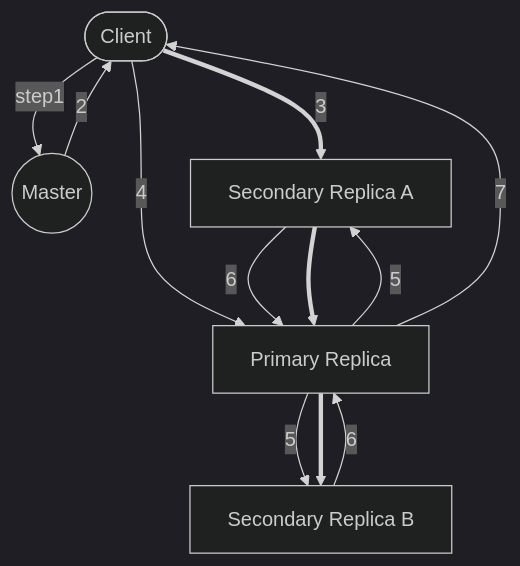
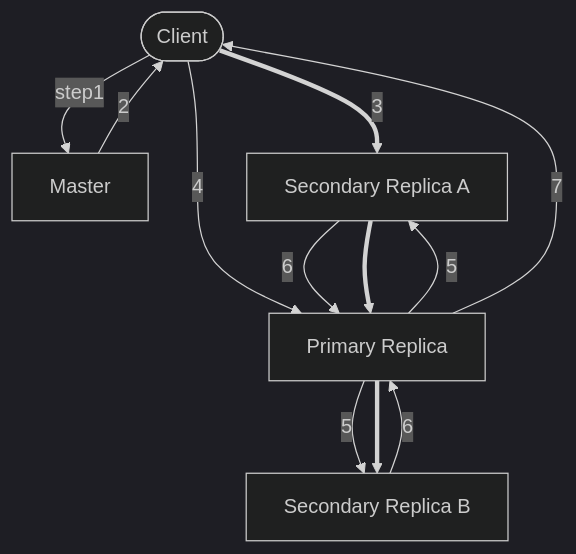
The first of 2 diagrams in _posts/system-design/mit-6-824/2022-07-07-gfs.md (cs0/cs0.github.io), drawn with Mermaid (dark theme) before and after one commit. The commit also changed 1 other file, not shown here.

````diff
--- a/_posts/system-design/mit-6-824/2022-07-07-gfs.md
+++ b/_posts/system-design/mit-6-824/2022-07-07-gfs.md
@@ -98,19 +98,19 @@
 ```mermaid
 graph TB;
     A([Client])
-    B((Master))
+    B[Master]
     C[Secondary Replica A]
     D[Primary Replica]
     E[Secondary Replica B]
     A -->|step1| B;
     B -->|2| A;
     A ==>|3| C;
     A -->|4| D;
     C -->|6| D;
     C ==> D
     D -->|5| C;
     D -->|5| E;
     D ==> E;
     E -->|6| D;
     D -->|7| A;
 ```
````
